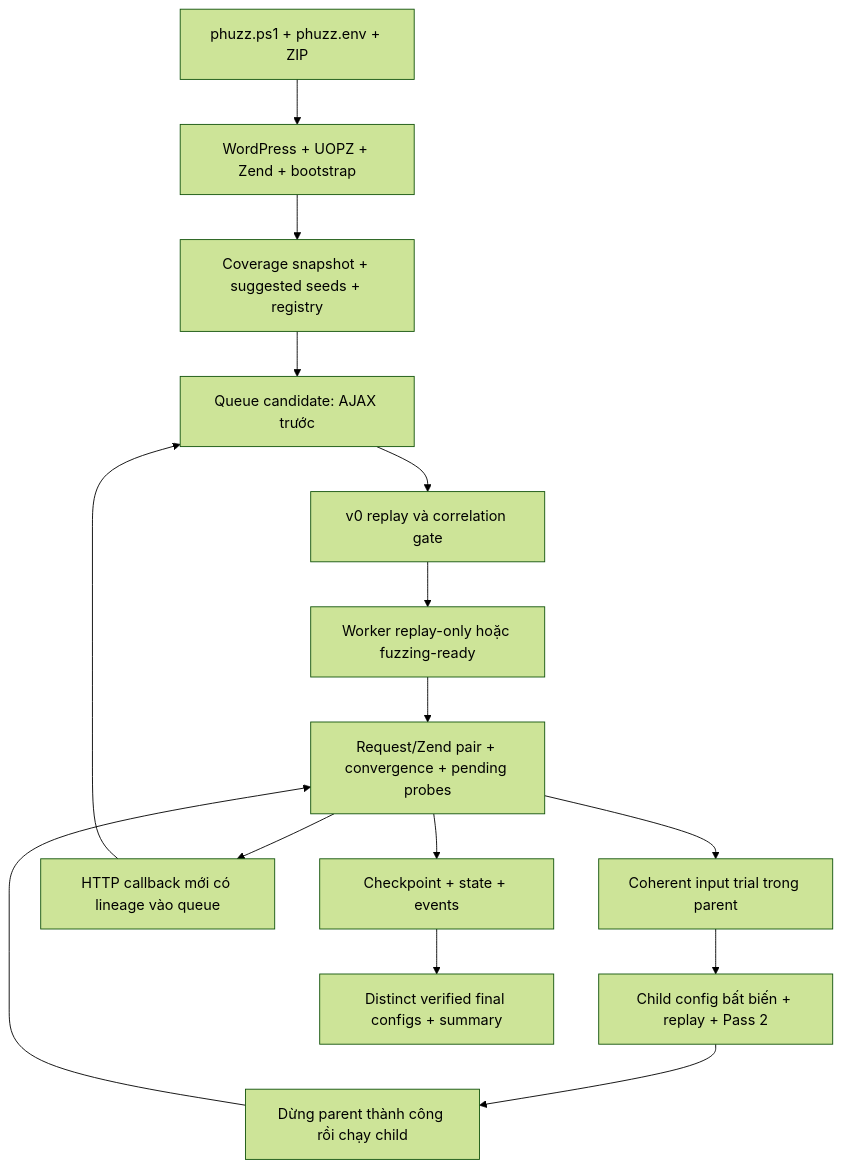
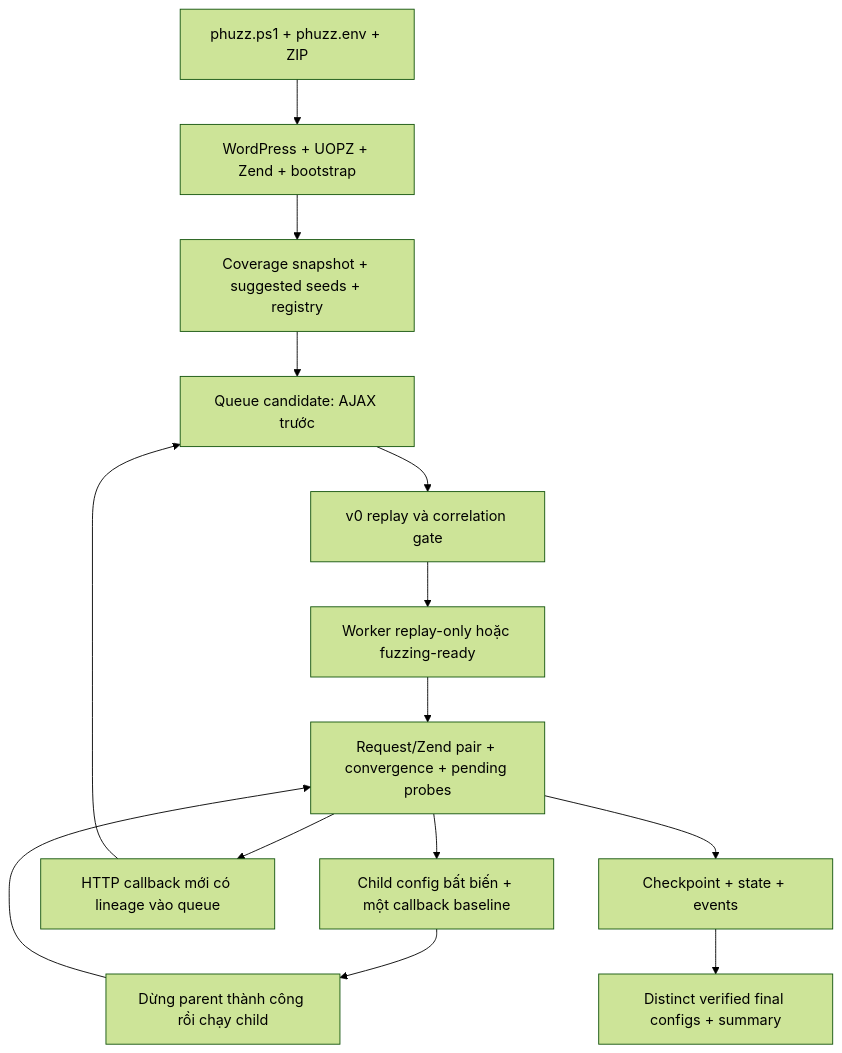
The diagram in phuzz-main/code/docs/reference/architecture.md (Harupip/Phuzz-hook), drawn with Mermaid (forest theme) before and after one commit. The commit also changed other lines of this file and 14 other files, not shown here.

First line of the commit message:
refactor(online-linked): replace trials and Pass 2 with callback baseline

````diff
--- a/phuzz-main/code/docs/reference/architecture.md
+++ b/phuzz-main/code/docs/reference/architecture.md
@@ -9,17 +9,16 @@
 ```mermaid
 flowchart TD
     A[phuzz.ps1 + phuzz.env + ZIP] --> B[WordPress + UOPZ + Zend + bootstrap]
     B --> C[Coverage snapshot + suggested seeds + registry]
     C --> D[Queue candidate: AJAX trước]
     D --> E[v0 replay và correlation gate]
     E --> F[Worker replay-only hoặc fuzzing-ready]
     F --> G[Request/Zend pair + convergence + pending probes]
-    G --> H[Coherent input trial trong parent]
-    H --> I[Child config bất biến + replay + Pass 2]
+    G --> I[Child config bất biến + một callback baseline]
     I --> J[Dừng parent thành công rồi chạy child]
     J --> G
     G --> K[HTTP callback mới có lineage vào queue]
     K --> D
     G --> L[Checkpoint + state + events]
     L --> M[Distinct verified final configs + summary]
 ```
````
